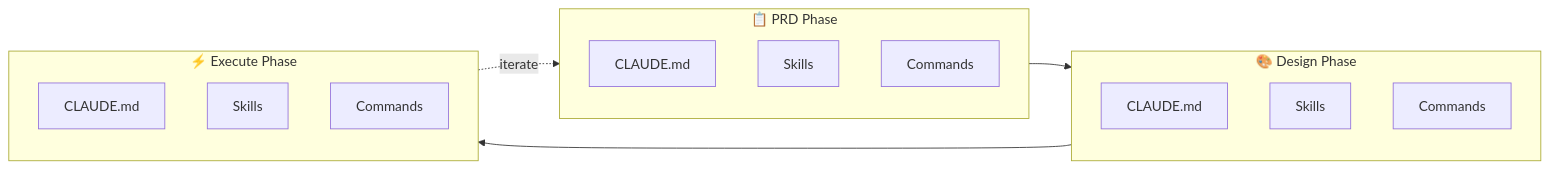
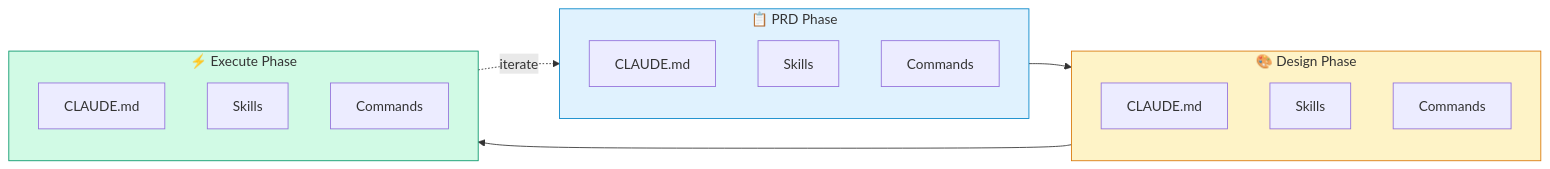
Before and after one commit to cliangdev/specflux: the first of 4 diagrams in docs/ARCHITECTURE.md, drawn with Mermaid. The commit also changed other lines of this file and 1 other file, not shown here.

First line of the commit message:
docs: add colors to mermaid diagrams

````diff
--- a/docs/ARCHITECTURE.md
+++ b/docs/ARCHITECTURE.md
@@ -9,23 +9,27 @@
 ```mermaid
 flowchart LR
     subgraph PRD ["📋 PRD Phase"]
         P1[CLAUDE.md]
         P2[Skills]
         P3[Commands]
     end
 
     subgraph Design ["🎨 Design Phase"]
         D1[CLAUDE.md]
         D2[Skills]
         D3[Commands]
     end
 
     subgraph Execute ["⚡ Execute Phase"]
         E1[CLAUDE.md]
         E2[Skills]
         E3[Commands]
     end
 
     PRD --> Design --> Execute
     Execute -.->|iterate| PRD
+
+    style PRD fill:#e0f2fe,stroke:#0284c7
+    style Design fill:#fef3c7,stroke:#d97706
+    style Execute fill:#d1fae5,stroke:#059669
 ```
````
